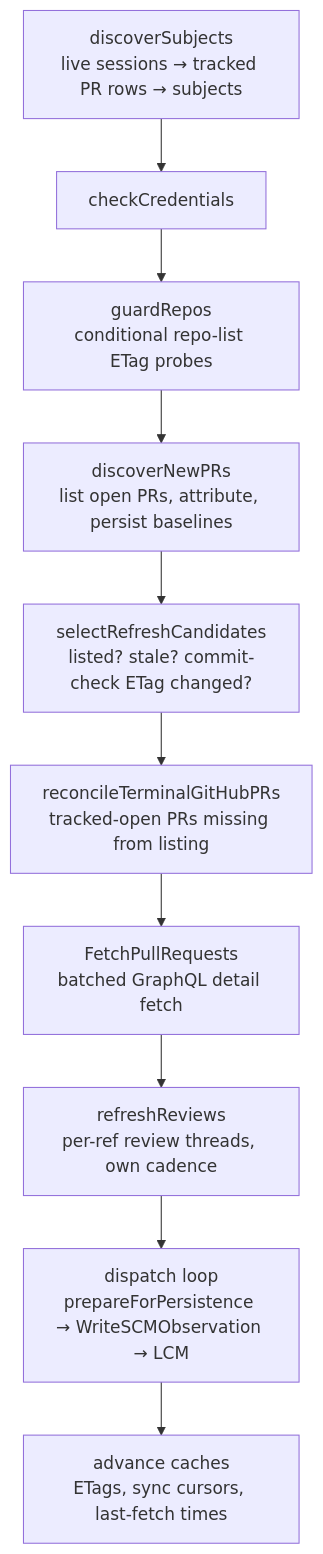
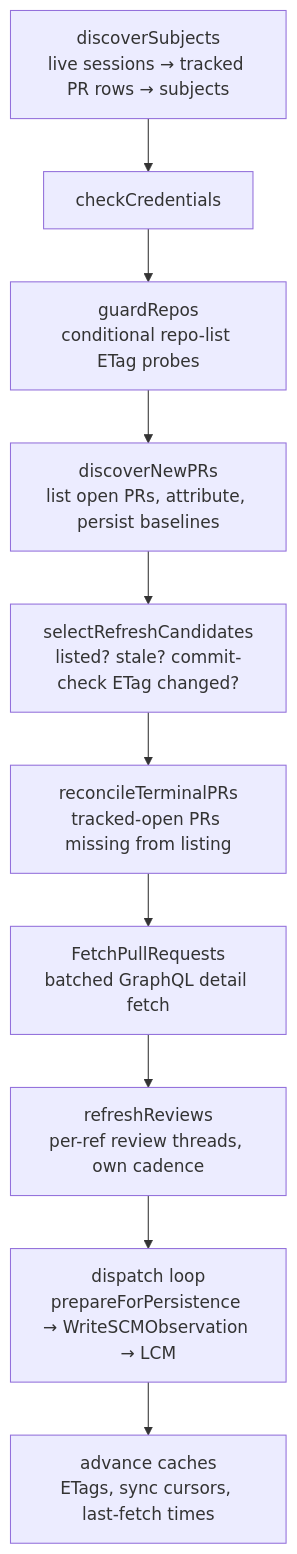
Before and after one commit to pcmulder/agent-orchestrator: the second of 2 diagrams in docs/scm-observer.md, drawn with Mermaid. The commit also changed other lines of this file and 14 other files, not shown here.

````diff
--- a/docs/scm-observer.md
+++ b/docs/scm-observer.md
@@ -142,12 +147,12 @@
 ```mermaid
 flowchart TD
     A[discoverSubjects<br/>live sessions → tracked PR rows → subjects] --> B[checkCredentials]
     B --> C[guardRepos<br/>conditional repo-list ETag probes]
     C --> D[discoverNewPRs<br/>list open PRs, attribute, persist baselines]
     D --> E[selectRefreshCandidates<br/>listed? stale? commit-check ETag changed?]
-    E --> F[reconcileTerminalGitHubPRs<br/>tracked-open PRs missing from listing]
+    E --> F[reconcileTerminalPRs<br/>tracked-open PRs missing from listing]
     F --> G[FetchPullRequests<br/>batched GraphQL detail fetch]
     G --> H[refreshReviews<br/>per-ref review threads, own cadence]
     H --> I[dispatch loop<br/>prepareForPersistence → WriteSCMObservation → LCM]
     I --> J[advance caches<br/>ETags, sync cursors, last-fetch times]
 ```
````
